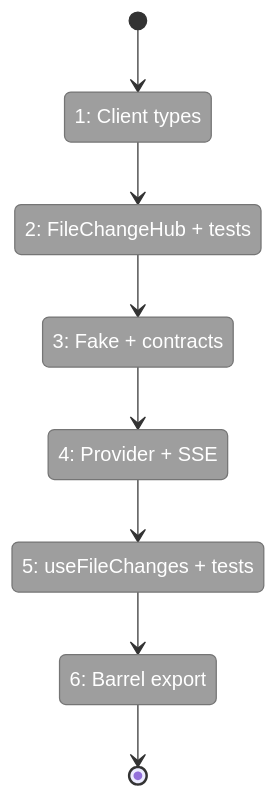
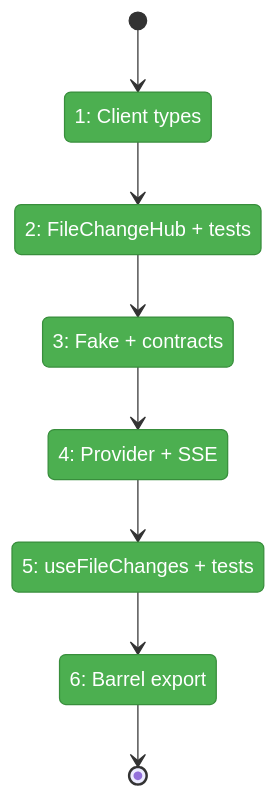
Before and after one commit to AI-Substrate/chainglass: the first of 2 diagrams in docs/plans/045-live-file-events/tasks/phase-2-browser-side-event-hub/tasks.fltplan.md, drawn with Mermaid. The commit also changed other lines of this file and 16 other files, not shown here.

````diff
--- a/docs/plans/045-live-file-events/tasks/phase-2-browser-side-event-hub/tasks.fltplan.md
+++ b/docs/plans/045-live-file-events/tasks/phase-2-browser-side-event-hub/tasks.fltplan.md
@@ -38,24 +38,24 @@
 ```mermaid
 stateDiagram-v2
     classDef pending fill:#9E9E9E,stroke:#757575,color:#fff
     classDef active fill:#FFC107,stroke:#FFA000,color:#000
     classDef done fill:#4CAF50,stroke:#388E3C,color:#fff
     classDef blocked fill:#F44336,stroke:#D32F2F,color:#fff
 
     state "1: Client types" as S1
     state "2: FileChangeHub + tests" as S2
     state "3: Fake + contracts" as S3
     state "4: Provider + SSE" as S4
     state "5: useFileChanges + tests" as S5
     state "6: Barrel export" as S6
 
     [*] --> S1
     S1 --> S2
     S2 --> S3
     S3 --> S4
     S4 --> S5
     S5 --> S6
     S6 --> [*]
 
-    class S1,S2,S3,S4,S5,S6 pending
+    class S1,S2,S3,S4,S5,S6 done
 ```
````
